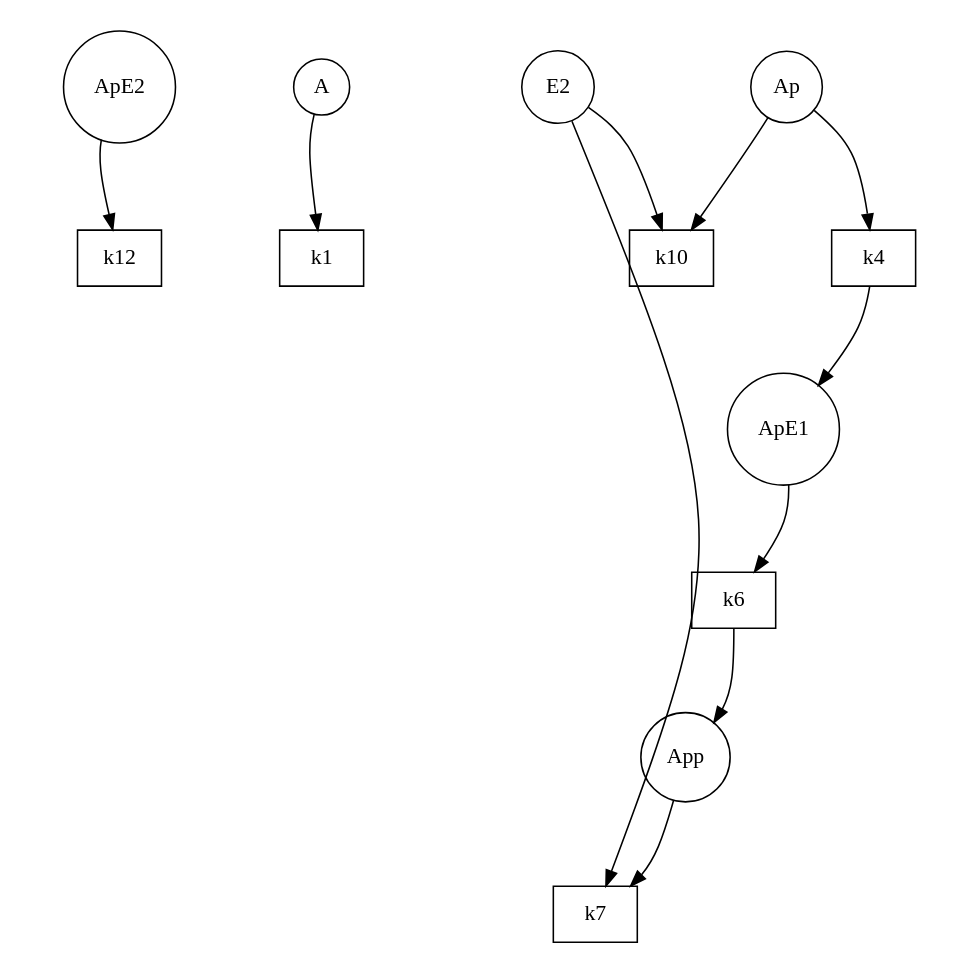
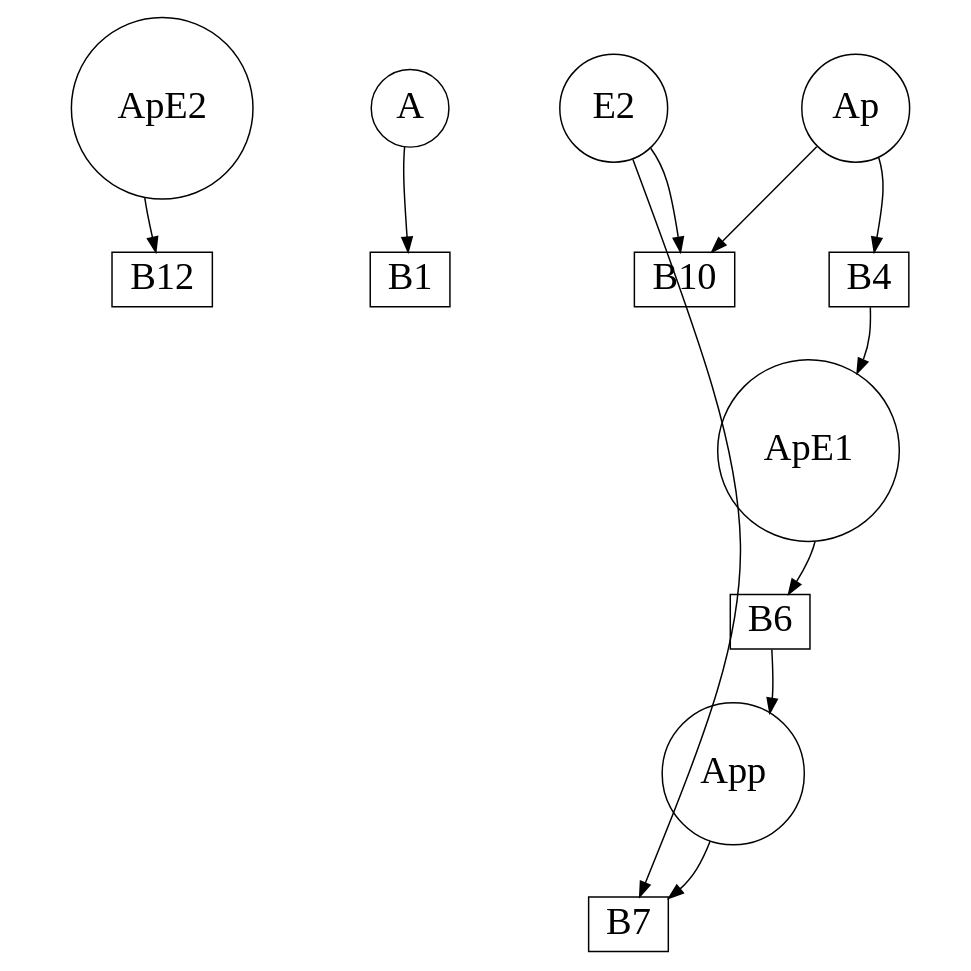
The diagram in single_layer_mapk_system/order_6/single_layer_mapk_mechanism_order_6_frag_5_sg_1.dot (gratelpy/gratelpy-supplementary-information), drawn with Graphviz before and after one commit. The commit also changed 618 other files, not shown here.

```diff
--- a/single_layer_mapk_system/order_6/single_layer_mapk_mechanism_order_6_frag_5_sg_1.dot
+++ b/single_layer_mapk_system/order_6/single_layer_mapk_mechanism_order_6_frag_5_sg_1.dot
@@ -1,30 +1,29 @@
 strict digraph G {
 remincross="true";
 ratio="fill";
 splines="curved";
 overlap="true";
-fontsize="26";
 size="8.3,8.3";
-ApE2 [shape="circle", pos="50.0,80.0!"];
-A [shape="circle", pos="0.0,120.0!"];
-E2 [shape="circle", pos="140.0,40.0!"];
-k12 [shape="box", pos="0.0,60.0!"];
-ApE1 [shape="circle", pos="260.0,128.0!"];
-k10 [shape="box", pos="110.0,90.0!"];
-k7 [shape="box", pos="300.0,90.0!"];
-k6 [shape="box", pos="320.0,160.0!"];
-k4 [shape="box", pos="220.0,170.0!"];
-k1 [shape="box", pos="0.0,200.0!"];
-App [shape="circle", pos="320.0,120.0!"];
-Ap [shape="circle", pos="160.0,160.0!"];
-ApE1 -> k6;
-E2 -> k10;
-k4 -> ApE1;
-ApE2 -> k12;
-App -> k7;
-Ap -> k4;
-E2 -> k7;
-k6 -> App;
-A -> k1;
-Ap -> k10;
+ApE2 [shape="circle", fontsize=26, pos="50.0,80.0!"];
+A [shape="circle", fontsize=26, pos="0.0,120.0!"];
+E2 [shape="circle", fontsize=26, pos="140.0,40.0!"];
+B12 [shape="box", fontsize=26, pos="0.0,60.0!"];
+ApE1 [shape="circle", fontsize=26, pos="260.0,128.0!"];
+B10 [shape="box", fontsize=26, pos="110.0,90.0!"];
+B7 [shape="box", fontsize=26, pos="300.0,90.0!"];
+B6 [shape="box", fontsize=26, pos="320.0,160.0!"];
+B4 [shape="box", fontsize=26, pos="220.0,170.0!"];
+B1 [shape="box", fontsize=26, pos="0.0,200.0!"];
+App [shape="circle", fontsize=26, pos="320.0,120.0!"];
+Ap [shape="circle", fontsize=26, pos="160.0,160.0!"];
+ApE1 -> B6;
+E2 -> B10;
+B4 -> ApE1;
+ApE2 -> B12;
+App -> B7;
+Ap -> B4;
+E2 -> B7;
+B6 -> App;
+A -> B1;
+Ap -> B10;
 }
```
